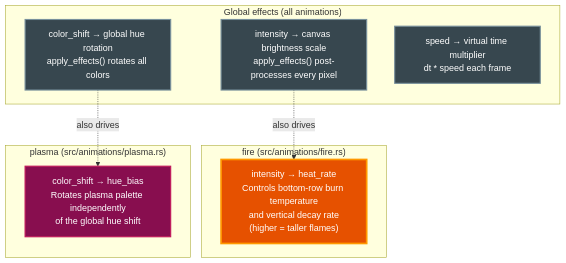
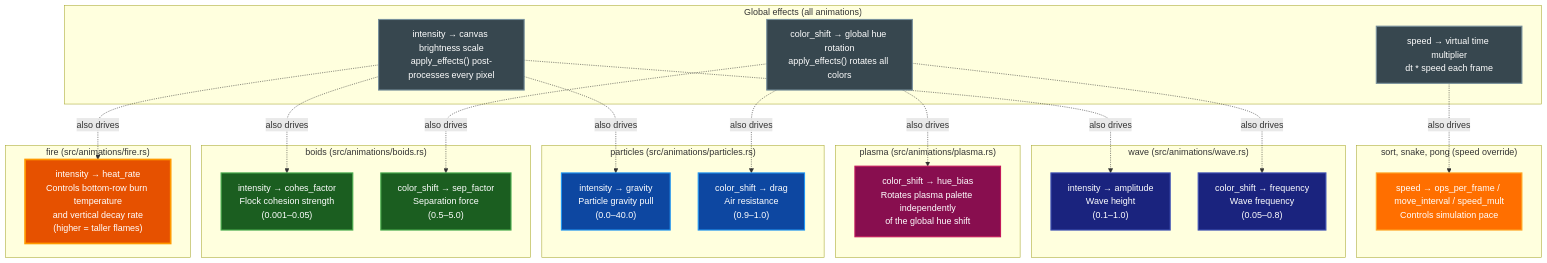
One commit to paulrobello/termflix changed the fourth of 5 diagrams in docs/EXTERNAL_ANIMATION.md. Above: the diagram before and after it, drawn with Mermaid. The commit also changed other lines of this file and 6 other files, not shown here.

````diff
--- a/docs/EXTERNAL_ANIMATION.md
+++ b/docs/EXTERNAL_ANIMATION.md
@@ -262,25 +262,58 @@
 ```mermaid
 graph TD
     subgraph "Global effects (all animations)"
         GI["intensity → canvas brightness scale\napply_effects() post-processes every pixel"]
         GCS["color_shift → global hue rotation\napply_effects() rotates all colors"]
         GS["speed → virtual time multiplier\ndt * speed each frame"]
     end
 
     subgraph "fire (src/animations/fire.rs)"
         FI["intensity → heat_rate\nControls bottom-row burn temperature\nand vertical decay rate\n(higher = taller flames)"]
     end
 
     subgraph "plasma (src/animations/plasma.rs)"
         PCS["color_shift → hue_bias\nRotates plasma palette independently\nof the global hue shift"]
     end
 
+    subgraph "boids (src/animations/boids.rs)"
+        BI["intensity → cohes_factor\nFlock cohesion strength\n(0.001–0.05)"]
+        BCS["color_shift → sep_factor\nSeparation force\n(0.5–5.0)"]
+    end
+
+    subgraph "particles (src/animations/particles.rs)"
+        PI["intensity → gravity\nParticle gravity pull\n(0.0–40.0)"]
+        PCS2["color_shift → drag\nAir resistance\n(0.9–1.0)"]
+    end
+
+    subgraph "wave (src/animations/wave.rs)"
+        WI["intensity → amplitude\nWave height\n(0.1–1.0)"]
+        WCS["color_shift → frequency\nWave frequency\n(0.05–0.8)"]
+    end
+
+    subgraph "sort, snake, pong (speed override)"
+        SSI["speed → ops_per_frame / move_interval / speed_mult\nControls simulation pace"]
+    end
+
     GI -.->|"also drives"| FI
+    GI -.->|"also drives"| BI
+    GI -.->|"also drives"| PI
+    GI -.->|"also drives"| WI
     GCS -.->|"also drives"| PCS
+    GCS -.->|"also drives"| BCS
+    GCS -.->|"also drives"| PCS2
+    GCS -.->|"also drives"| WCS
+    GS -.->|"also drives"| SSI
 
     style GI fill:#37474f,stroke:#78909c,stroke-width:2px,color:#ffffff
     style GCS fill:#37474f,stroke:#78909c,stroke-width:2px,color:#ffffff
     style GS fill:#37474f,stroke:#78909c,stroke-width:2px,color:#ffffff
     style FI fill:#e65100,stroke:#ff9800,stroke-width:3px,color:#ffffff
     style PCS fill:#880e4f,stroke:#c2185b,stroke-width:2px,color:#ffffff
+    style BI fill:#1b5e20,stroke:#4caf50,stroke-width:2px,color:#ffffff
+    style BCS fill:#1b5e20,stroke:#4caf50,stroke-width:2px,color:#ffffff
+    style PI fill:#0d47a1,stroke:#2196f3,stroke-width:2px,color:#ffffff
+    style PCS2 fill:#0d47a1,stroke:#2196f3,stroke-width:2px,color:#ffffff
+    style WI fill:#1a237e,stroke:#3f51b5,stroke-width:2px,color:#ffffff
+    style WCS fill:#1a237e,stroke:#3f51b5,stroke-width:2px,color:#ffffff
+    style SSI fill:#ff6f00,stroke:#ffa726,stroke-width:2px,color:#ffffff
 ```
````
